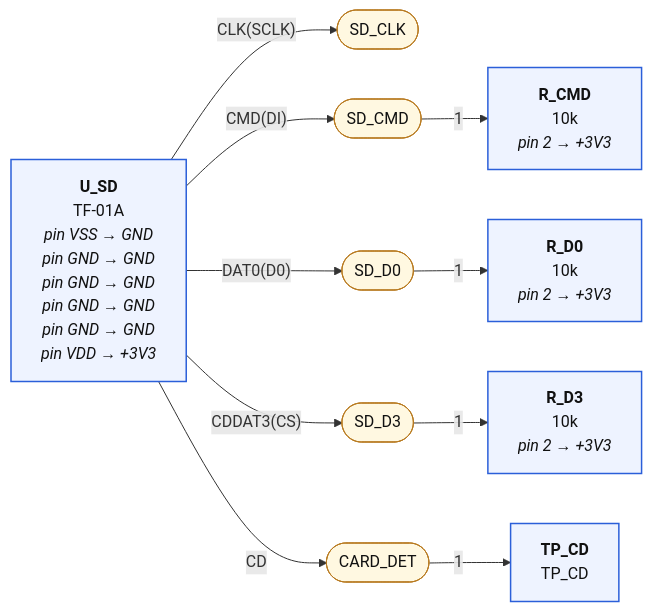
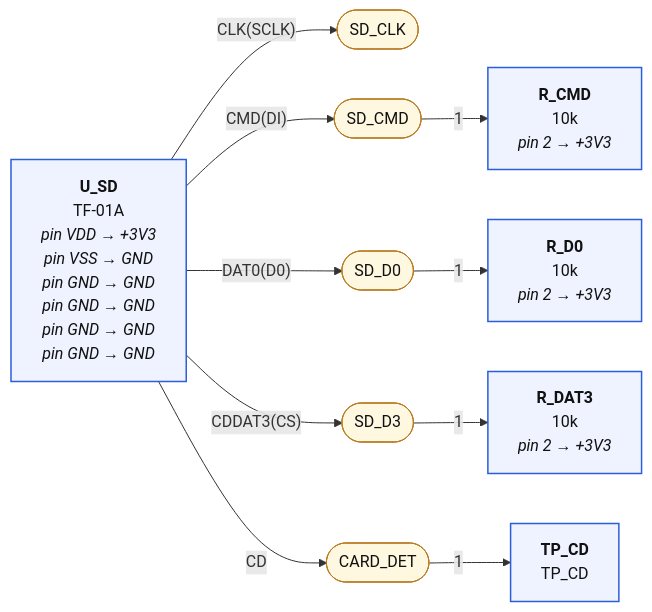
Before and after one commit to mrwillson2u/propmesh: the third of 4 diagrams in hardware/pro/sheets/04-audio.diagram.md, drawn with Mermaid. The commit also changed other lines of this file and 44 other files, not shown here.

````diff
--- a/hardware/pro/sheets/04-audio.diagram.md
+++ b/hardware/pro/sheets/04-audio.diagram.md
@@ -131,29 +131,29 @@
 ```mermaid
 graph LR
   classDef part fill:#eef3ff,stroke:#2b5fd9,stroke-width:1.5px,color:#111
   classDef net fill:#fff8e1,stroke:#b7791f,color:#111
   classDef rail fill:#ffe0b2,stroke:#e65100,stroke-width:3px,color:#111,font-weight:bold
   classDef badnet fill:#ffe0e0,stroke:#c00,stroke-width:3px,color:#111,font-weight:bold
   classDef absent fill:#fff,stroke:#c00,stroke-width:2px,stroke-dasharray:6 4,color:#c00
   classDef extra fill:#ffecec,stroke:#c00,stroke-width:2px,color:#111
   classDef dnp fill:#f5f5f5,stroke:#999,stroke-dasharray:3 3,color:#666
   N_SD_CLK(["SD_CLK"]):::net
-  P_U_SD["<b>U_SD</b><br/>TF-01A<br/><i>pin VSS → GND</i><br/><i>pin GND → GND</i><br/><i>pin GND → GND</i><br/><i>pin GND → GND</i><br/><i>pin GND → GND</i><br/><i>pin VDD → +3V3</i>"]:::part
+  P_U_SD["<b>U_SD</b><br/>TF-01A<br/><i>pin VDD → +3V3</i><br/><i>pin VSS → GND</i><br/><i>pin GND → GND</i><br/><i>pin GND → GND</i><br/><i>pin GND → GND</i><br/><i>pin GND → GND</i>"]:::part
   P_U_SD --"CLK(SCLK)"--> N_SD_CLK
   N_SD_CMD(["SD_CMD"]):::net
   P_U_SD --"CMD(DI)"--> N_SD_CMD
   P_R_CMD["<b>R_CMD</b><br/>10k<br/><i>pin 2 → +3V3</i>"]:::part
   N_SD_CMD --"1"--> P_R_CMD
   N_SD_D0(["SD_D0"]):::net
   P_U_SD --"DAT0(D0)"--> N_SD_D0
   P_R_D0["<b>R_D0</b><br/>10k<br/><i>pin 2 → +3V3</i>"]:::part
   N_SD_D0 --"1"--> P_R_D0
   N_SD_D3(["SD_D3"]):::net
   P_U_SD --"CDDAT3(CS)"--> N_SD_D3
-  P_R_D3["<b>R_D3</b><br/>10k<br/><i>pin 2 → +3V3</i>"]:::part
-  N_SD_D3 --"1"--> P_R_D3
+  P_R_DAT3["<b>R_DAT3</b><br/>10k<br/><i>pin 2 → +3V3</i>"]:::part
+  N_SD_D3 --"1"--> P_R_DAT3
   N_CARD_DET(["CARD_DET"]):::net
   P_U_SD --"CD"--> N_CARD_DET
   P_TP_CD["<b>TP_CD</b><br/>TP_CD"]:::part
   N_CARD_DET --"1"--> P_TP_CD
 ```
````
